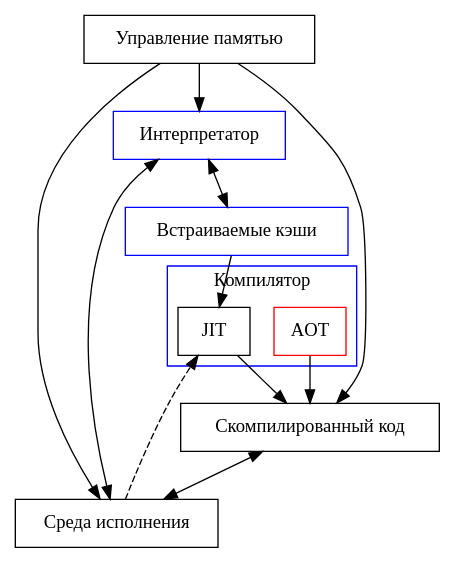
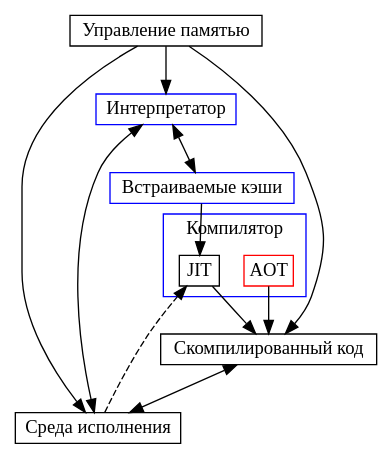
One commit to kp2pml30/bachelor-thesis changed the diagram in res/dot/components-main.dot. Above: the diagram before and after it, drawn with Graphviz. The commit also changed 5 other files, not shown here.

```diff
--- a/res/dot/components-main.dot
+++ b/res/dot/components-main.dot
@@ -1,24 +1,24 @@
 digraph G {
-	node [shape=rectangle];
+	node [shape=rectangle; width=0; height=0; margin=0.05; fontname="times bold"];
 	Runtime[label="Среда исполнения"];
 	MM[label="Управление памятью"];
 	subgraph cluster_Compiler {
 		label="Компилятор";
 		color=blue;
 		JIT;
 		AOT [color=red];
 	};
 	Interpreter [label="Интерпретатор", color=blue];
 	IC [label="Встраиваемые кэши", color=blue];
 	IC -> JIT;
 	Interpreter -> IC [dir=both];
 	CCode [label="Скомпилированный код"];
 	JIT -> CCode;
 	AOT -> CCode;
 	MM -> Runtime;
 	MM -> Interpreter;
 	MM -> CCode;
 	CCode -> Runtime [dir=both];
 	Interpreter -> Runtime [dir=both];
 	Runtime -> JIT[style=dashed];
 }
```
